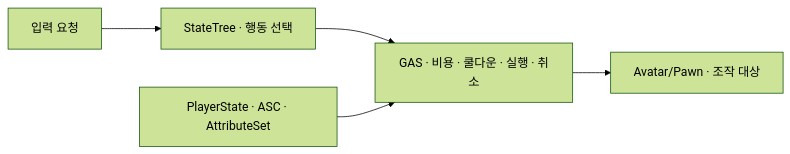
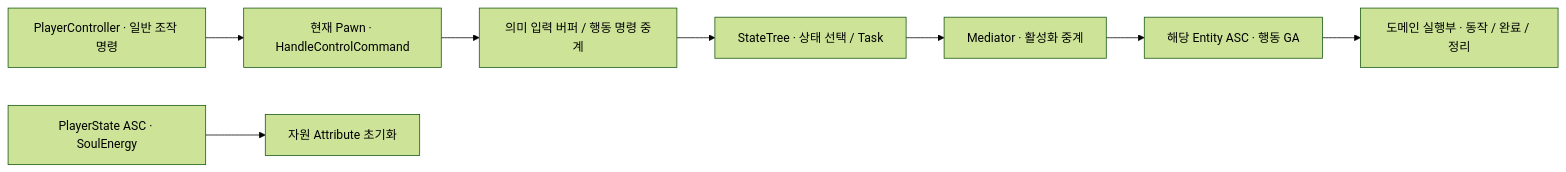
The diagram in Wiki/03_시스템 설계/영혼 결속.md (liang2papa/Astra_Docs), drawn with Mermaid (forest theme) before and after one commit. The commit also changed other lines of this file and 49 other files, not shown here.

````diff
--- a/Wiki/03_시스템 설계/영혼 결속.md
+++ b/Wiki/03_시스템 설계/영혼 결속.md
@@ -7,7 +36,10 @@
 ```mermaid
 flowchart LR
-    Input["입력 요청"] --> State["StateTree · 행동 선택"]
-    State --> GA["GAS · 비용 · 쿨다운 · 실행 · 취소"]
-    PS["PlayerState · ASC · AttributeSet"] --> GA
-    GA --> Avatar["Avatar/Pawn · 조작 대상"]
+    PC["PlayerController · 일반 조작 명령"] --> P["현재 Pawn · HandleControlCommand"]
+    P --> I["의미 입력 버퍼 / 행동 명령 중계"]
+    I --> ST["StateTree · 상태 선택 / Task"]
+    ST --> M["Mediator · 활성화 중계"]
+    M --> ASC["해당 Entity ASC · 행동 GA"]
+    ASC --> D["도메인 실행부 · 동작 / 완료 / 정리"]
+    PS["PlayerState ASC · SoulEnergy"] --> A["자원 Attribute 초기화"]
 ```
````
